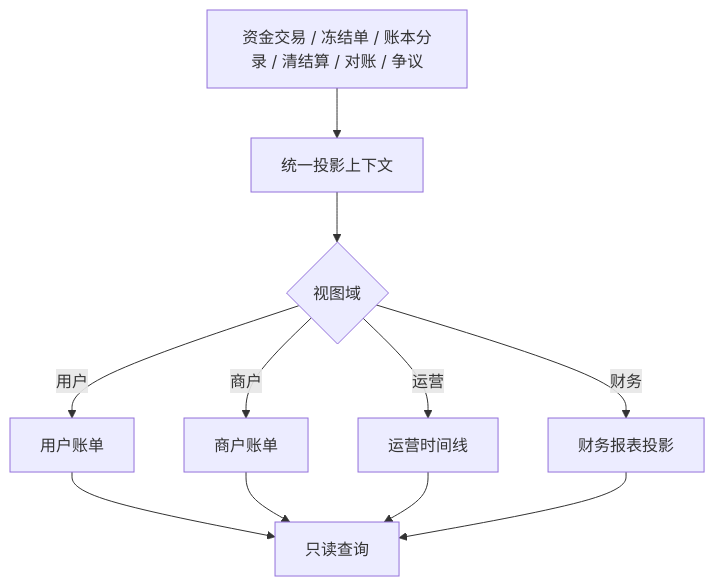
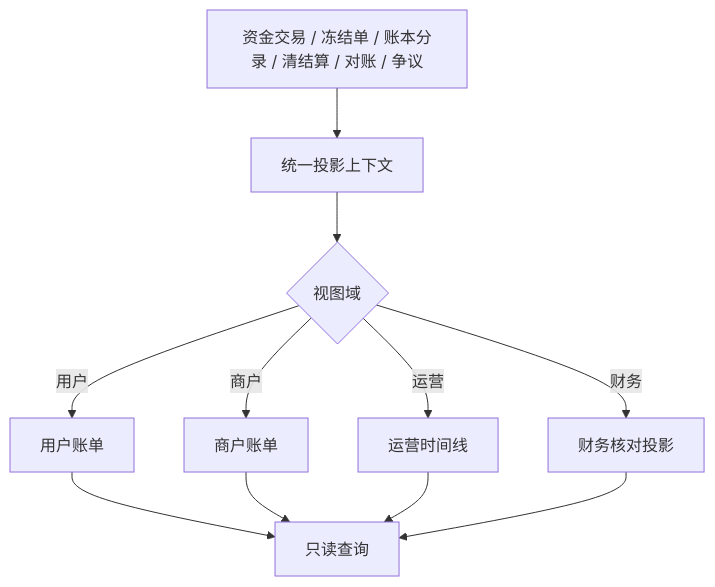
Diagram 19 of 22 in docs/产品设计/02-交易路由钱包账目与投影.md (fengwuxp/wind-funds), drawn with Mermaid before and after one commit. The commit also changed other lines of this file and 10 other files, not shown here.

````diff
--- a/docs/产品设计/02-交易路由钱包账目与投影.md
+++ b/docs/产品设计/02-交易路由钱包账目与投影.md
@@ -1326,13 +1326,13 @@
 ```mermaid
 flowchart TD
     A["资金交易 / 冻结单 / 账本分录 / 清结算 / 对账 / 争议"] --> B["统一投影上下文"]
     B --> C{"视图域"}
     C -->|用户| D["用户账单"]
     C -->|商户| E["商户账单"]
     C -->|运营| F["运营时间线"]
-    C -->|财务| G["财务报表投影"]
+    C -->|财务| G["财务核对投影"]
     D --> H["只读查询"]
     E --> H
     F --> H
     G --> H
 ```
````
